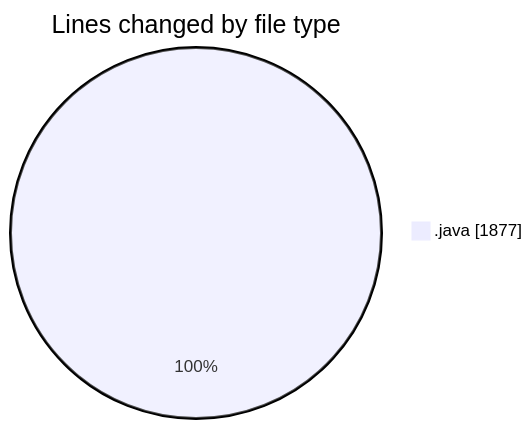
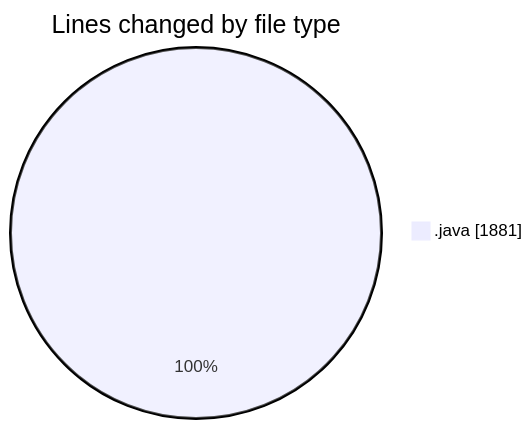
The first of 2 diagrams in 2026-04-23/cilapp/README.md (ricardozamudiocil/code-tracking), drawn with Mermaid before and after one commit. The commit also changed other lines of this file and 1 other file, not shown here.

````diff
--- a/2026-04-23/cilapp/README.md
+++ b/2026-04-23/cilapp/README.md
@@ -30,5 +30,5 @@
 ```mermaid
 pie showData
 title Lines changed by file type
-".java" : 1877
+".java" : 1881
 ```
````
